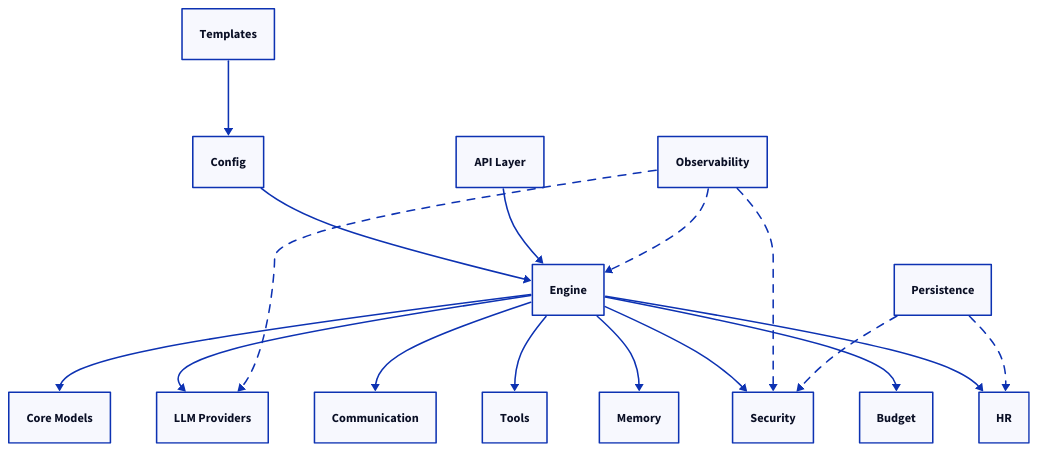
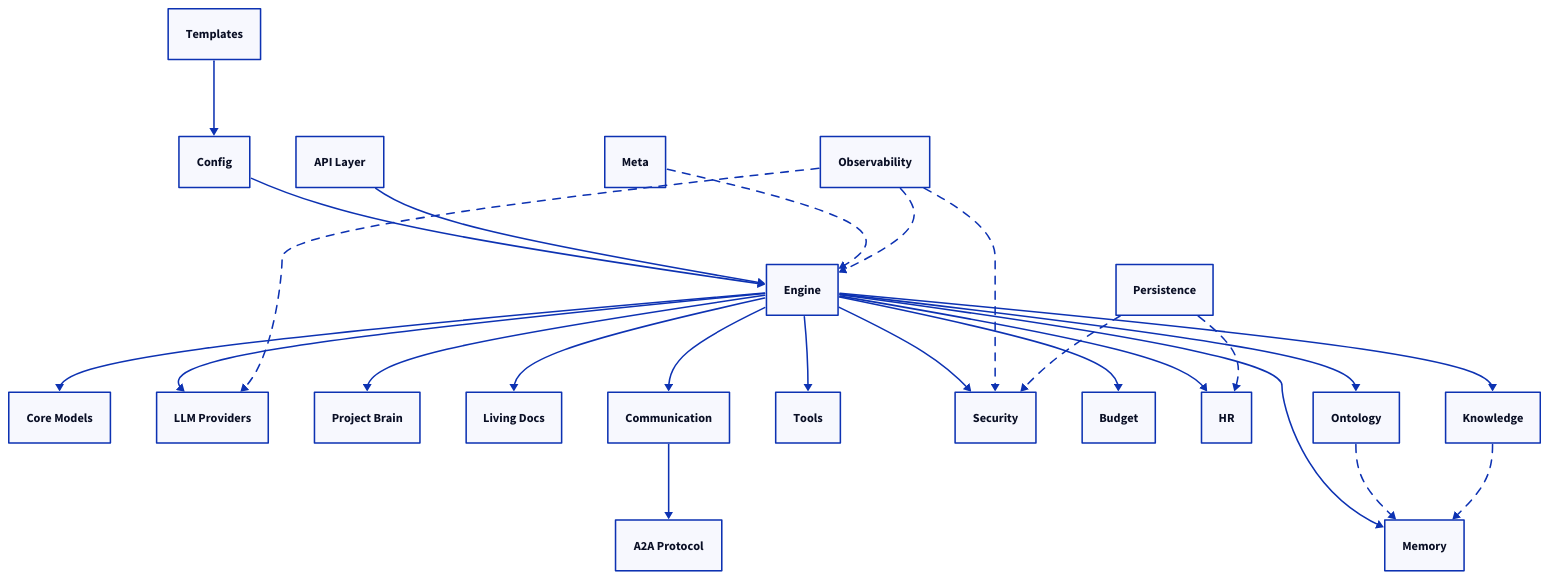
One commit to Aureliolo/synthorg changed the diagram in docs/architecture/index.md. Above: the diagram before and after it, drawn with D2. The commit also changed 309 other files, not shown here.

````diff
--- a/docs/architecture/index.md
+++ b/docs/architecture/index.md
@@ -7,22 +7,33 @@
 ```d2
 Core: Core Models
 Providers: LLM Providers
 API: API Layer
+ProjectBrain: Project Brain
+DocsEngine: Living Docs
+A2A: A2A Protocol
 
 Config -> Engine
 Engine -> Core
 Engine -> Providers
 Engine -> Communication
 Engine -> Tools
 Engine -> Memory
 Engine -> Security
 Engine -> Budget
 Engine -> HR
+Engine -> Knowledge
+Engine -> Ontology
+Engine -> ProjectBrain
+Engine -> DocsEngine
+Communication -> A2A
 API -> Engine
+Meta -> Engine {style.stroke-dash: 5}
+Ontology -> Memory {style.stroke-dash: 5}
+Knowledge -> Memory {style.stroke-dash: 5}
 Observability -> Engine {style.stroke-dash: 5}
 Observability -> Providers {style.stroke-dash: 5}
 Observability -> Security {style.stroke-dash: 5}
 Persistence -> HR {style.stroke-dash: 5}
 Persistence -> Security {style.stroke-dash: 5}
 Templates -> Config
 ```
````
